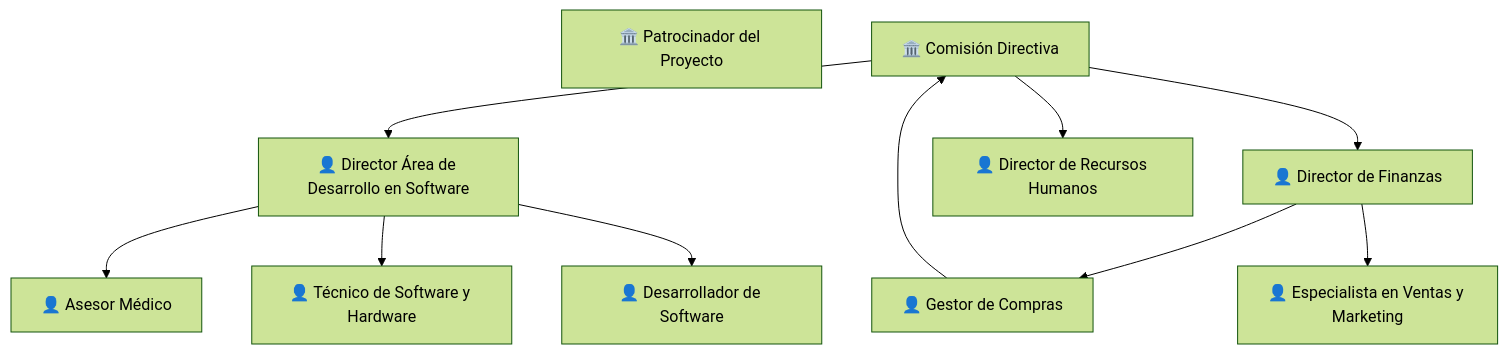
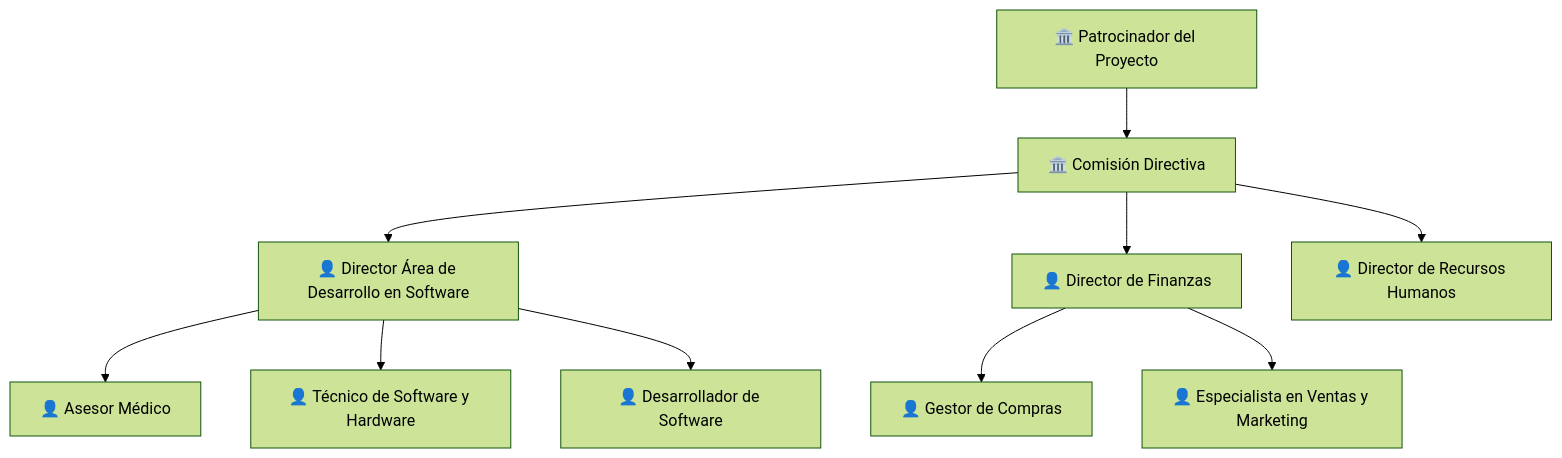
The diagram in docs/01-plan-inicial/organizacion.md (TomasGonzalez1204/plan-proyecto-gp-uner), drawn with Mermaid (forest theme) before and after one commit.

Commit message:
Fix sponsor node in team structure diagram

````diff
--- a/docs/01-plan-inicial/organizacion.md
+++ b/docs/01-plan-inicial/organizacion.md
@@ -44,28 +44,28 @@
 ```mermaid
 graph TD
-    h["🏛️ Patrocinador del Proyecto"]
+    Z["🏛️ Patrocinador del Proyecto"]
     A["🏛️ Comisión Directiva"]
 
     B["👤 Director Área de Desarrollo en Software"]
     C["👤 Director de Finanzas"]
     D["👤 Director de Recursos Humanos"]
 
     E["👤 Asesor Médico"]
     F["👤 Técnico de Software y Hardware"]
     G["👤 Desarrollador de Software"]
 
     H["👤 Gestor de Compras"]
     I["👤 Especialista en Ventas y Marketing"]
 
-    H --> A
+    Z --> A
     A --> B
     A --> C
     A --> D
 
     B --> E
     B --> F
     B --> G
 
     C --> H
     C --> I
 ```
````
